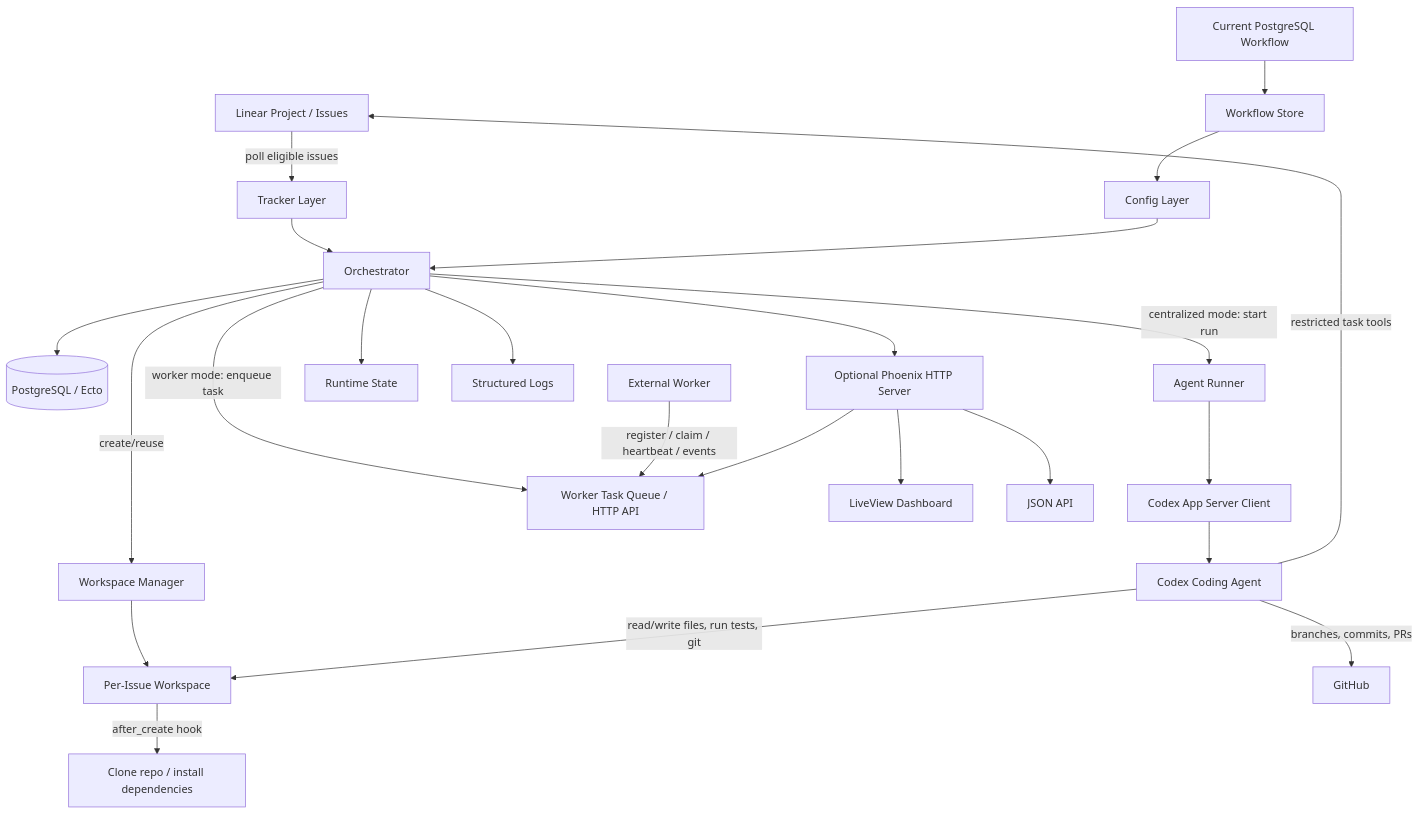
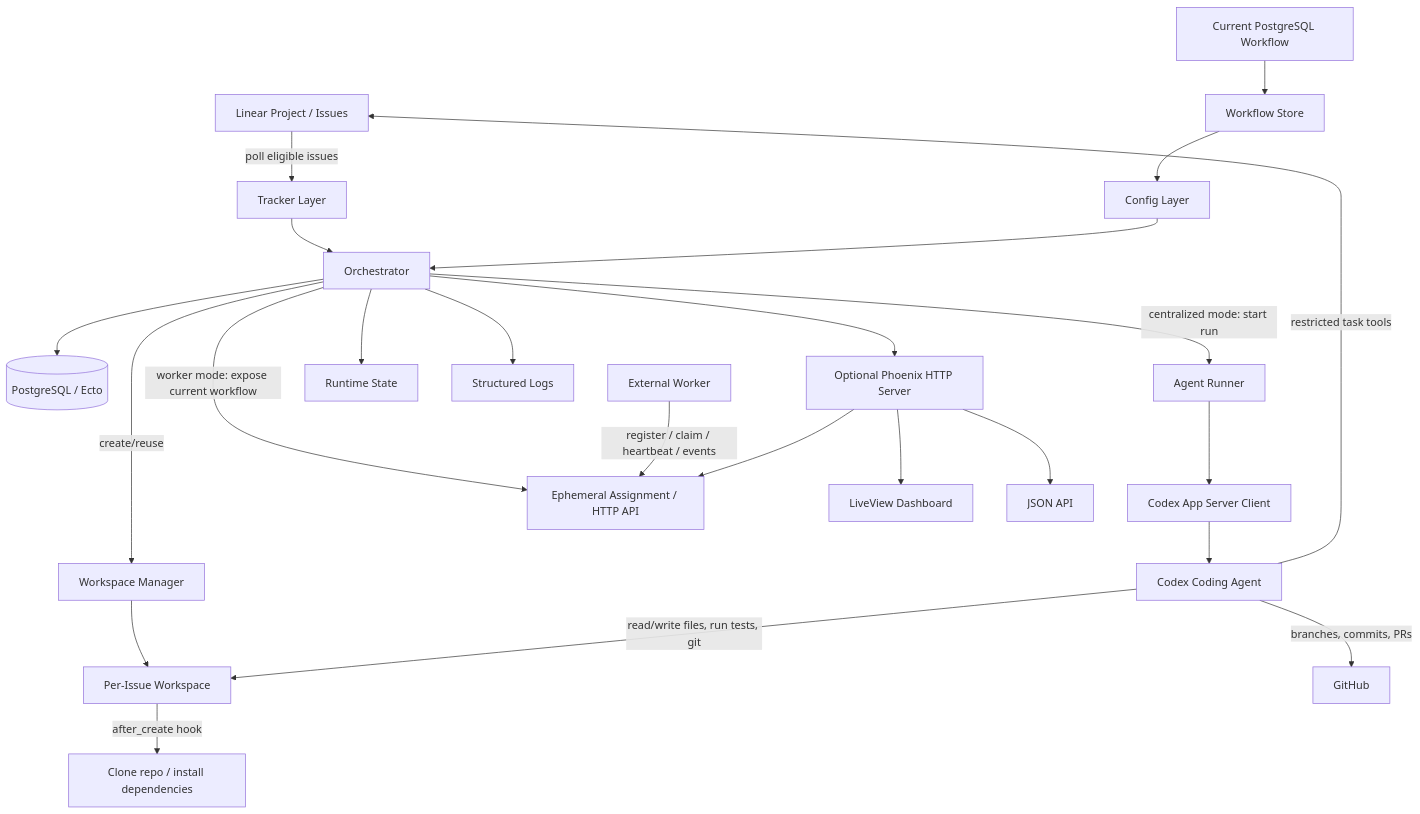
The first of 2 diagrams in docs/ARCHITECTURE.md (VikingMew/symphony), drawn with Mermaid before and after one commit. The commit also changed 14 other files, not shown here.

First line of the commit message:
fix(worker): enforce single-assignment admission

````diff
--- a/docs/ARCHITECTURE.md
+++ b/docs/ARCHITECTURE.md
@@ -51,31 +51,31 @@
 ```mermaid
 flowchart TD
     linear[Linear Project / Issues] -->|poll eligible issues| tracker[Tracker Layer]
     tracker --> orchestrator[Orchestrator]
 
     workflow[Current PostgreSQL Workflow] --> loader[Workflow Store]
     loader --> config[Config Layer]
     config --> orchestrator
     orchestrator --> postgres[(PostgreSQL / Ecto)]
 
     orchestrator -->|create/reuse| workspace[Workspace Manager]
     workspace --> issuews[Per-Issue Workspace]
     issuews -->|after_create hook| bootstrap[Clone repo / install dependencies]
 
     orchestrator -->|centralized mode: start run| runner[Agent Runner]
     runner --> appserver[Codex App Server Client]
     appserver --> codex[Codex Coding Agent]
-    orchestrator -->|worker mode: enqueue task| workerapi[Worker Task Queue / HTTP API]
+    orchestrator -->|worker mode: expose current workflow| workerapi[Ephemeral Assignment / HTTP API]
     extworker[External Worker] -->|register / claim / heartbeat / events| workerapi
 
     codex -->|read/write files, run tests, git| issuews
     codex -->|restricted task tools| linear
     codex -->|branches, commits, PRs| github[GitHub]
 
     orchestrator --> state[Runtime State]
     orchestrator --> logs[Structured Logs]
     orchestrator --> http[Optional Phoenix HTTP Server]
     http --> dashboard[LiveView Dashboard]
     http --> api[JSON API]
     http --> workerapi
 ```
````
